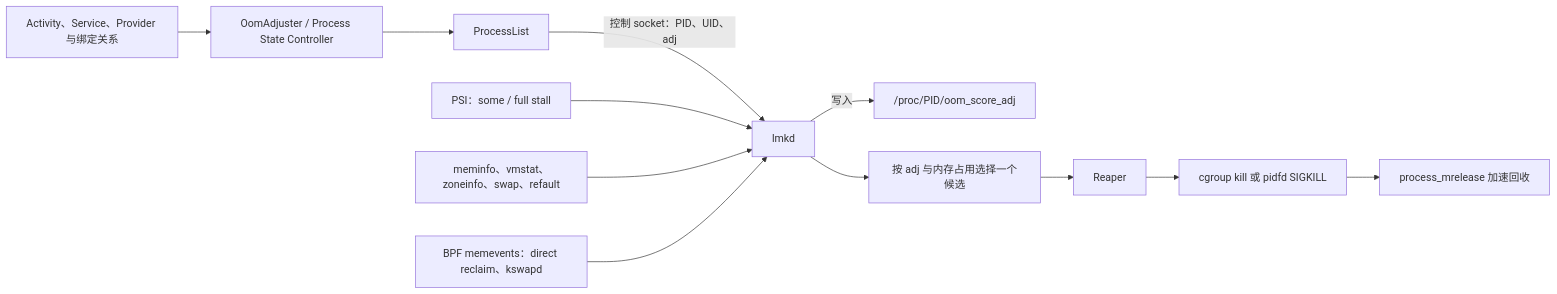
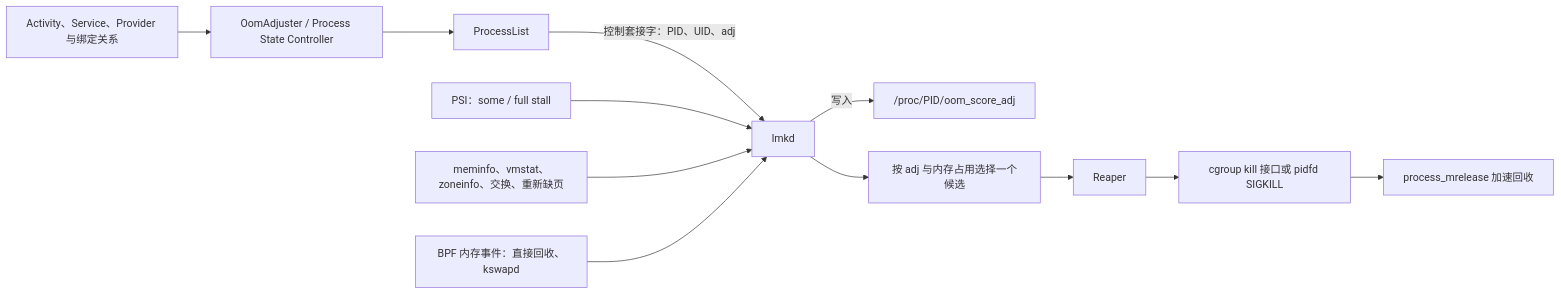
Before and after one commit to Gracker/android-internals-wiki: the diagram in src/part1-fundamentals/ch04-memory/04-lmk.md, drawn with Mermaid. The commit also changed other lines of this file and 4 other files, not shown here.

````diff
--- a/src/part1-fundamentals/ch04-memory/04-lmk.md
+++ b/src/part1-fundamentals/ch04-memory/04-lmk.md
@@ -74,16 +55,16 @@
 ```mermaid
 flowchart LR
     lifecycle["Activity、Service、Provider 与绑定关系"] --> adjuster["OomAdjuster / Process State Controller"]
     adjuster --> processlist["ProcessList"]
-    processlist -->|"控制 socket：PID、UID、adj"| lmkd["lmkd"]
+    processlist -->|"控制套接字：PID、UID、adj"| lmkd["lmkd"]
     lmkd -->|"写入"| procfs["/proc/PID/oom_score_adj"]
 
     psi["PSI：some / full stall"] --> lmkd
-    memory["meminfo、vmstat、zoneinfo、swap、refault"] --> lmkd
-    memevents["BPF memevents：direct reclaim、kswapd"] --> lmkd
+    memory["meminfo、vmstat、zoneinfo、交换、重新缺页"] --> lmkd
+    memevents["BPF 内存事件：直接回收、kswapd"] --> lmkd
 
     lmkd --> candidate["按 adj 与内存占用选择一个候选"]
     candidate --> reaper["Reaper"]
-    reaper --> terminate["cgroup kill 或 pidfd SIGKILL"]
+    reaper --> terminate["cgroup kill 接口或 pidfd SIGKILL"]
     terminate --> release["process_mrelease 加速回收"]
 ```
````
